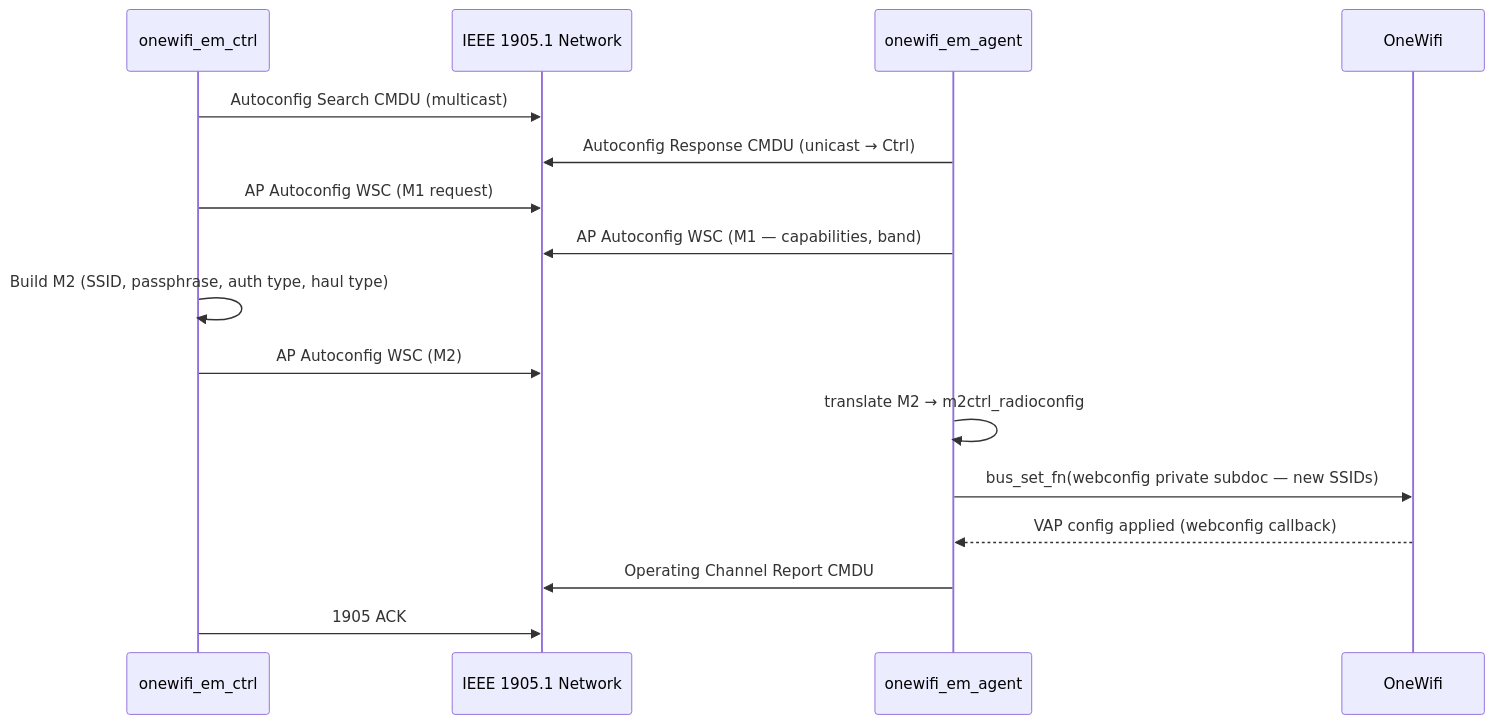
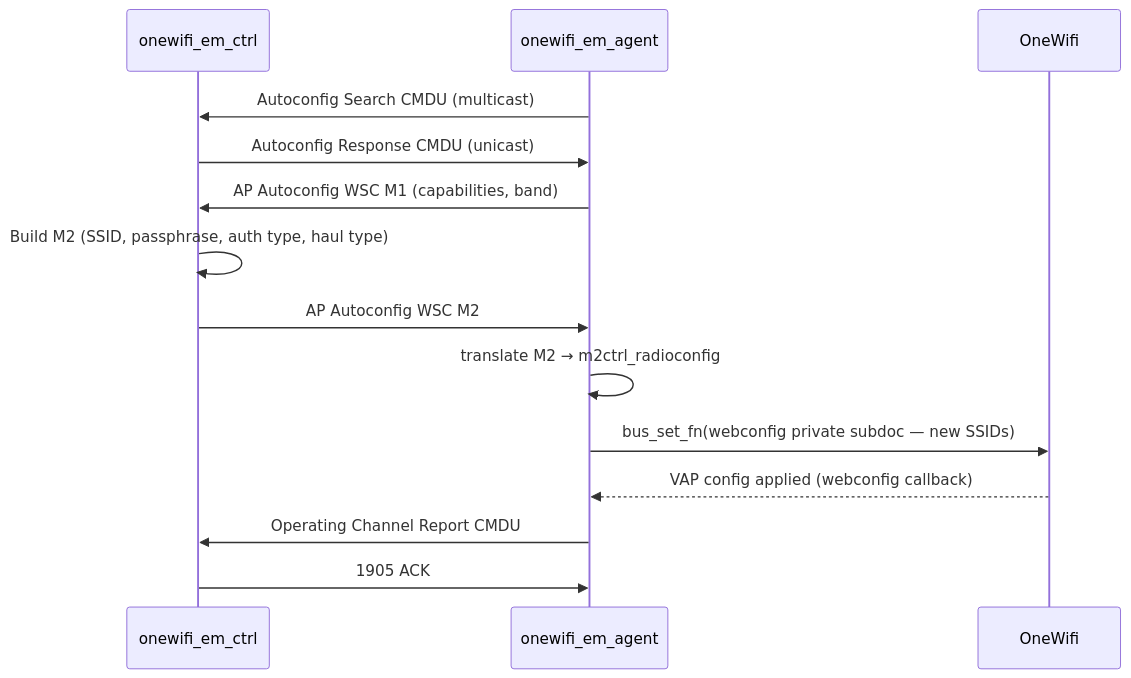
Before and after one commit to rdkcentral/unified-wifi-mesh: the fifth of 8 diagrams in README.md, drawn with Mermaid. The commit also changed other lines of this file, not shown here.

````diff
--- a/README.md
+++ b/README.md
@@ -289,19 +268,17 @@
 ```mermaid
 sequenceDiagram
     participant Ctrl as onewifi_em_ctrl
-    participant NET as IEEE 1905.1 Network
     participant Agent as onewifi_em_agent
     participant OW as OneWifi
 
-    Ctrl->>NET: Autoconfig Search CMDU (multicast)
-    Agent->>NET: Autoconfig Response CMDU (unicast → Ctrl)
-    Ctrl->>NET: AP Autoconfig WSC (M1 request)
-    Agent->>NET: AP Autoconfig WSC (M1 — capabilities, band)
+    Agent->>Ctrl: Autoconfig Search CMDU (multicast)
+    Ctrl->>Agent: Autoconfig Response CMDU (unicast)
+    Agent->>Ctrl: AP Autoconfig WSC M1 (capabilities, band)
     Ctrl->>Ctrl: Build M2 (SSID, passphrase, auth type, haul type)
-    Ctrl->>NET: AP Autoconfig WSC (M2)
+    Ctrl->>Agent: AP Autoconfig WSC M2
     Agent->>Agent: translate M2 → m2ctrl_radioconfig
     Agent->>OW: bus_set_fn(webconfig private subdoc — new SSIDs)
     OW-->>Agent: VAP config applied (webconfig callback)
-    Agent->>NET: Operating Channel Report CMDU
-    Ctrl->>NET: 1905 ACK
+    Agent->>Ctrl: Operating Channel Report CMDU
+    Ctrl->>Agent: 1905 ACK
 ```
````
